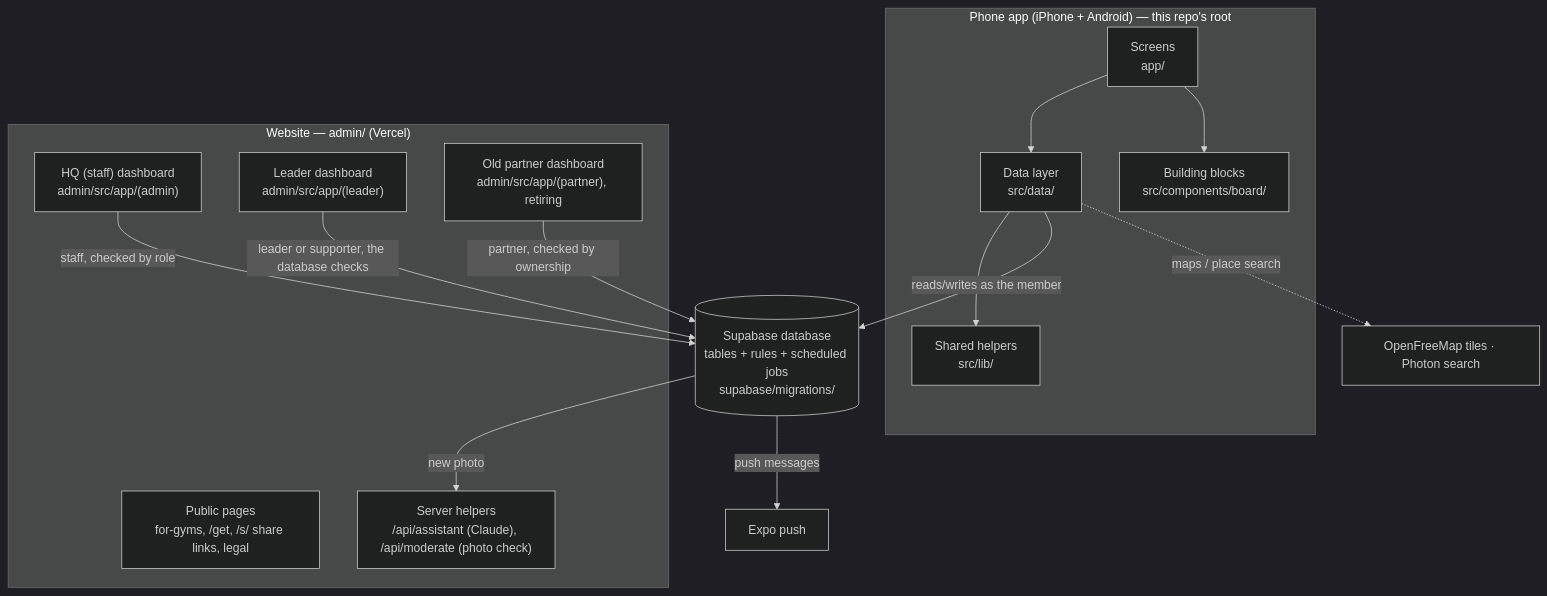
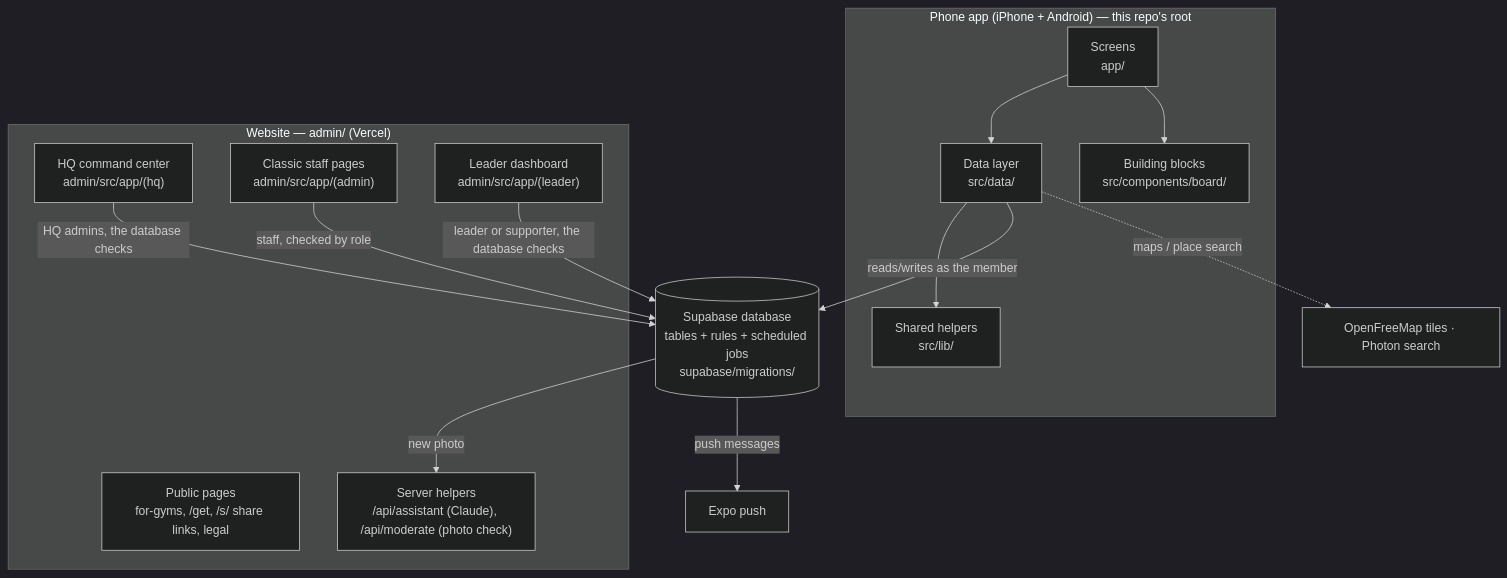
Before and after one commit to riadfilat/beast-tribe: the diagram in ARCHITECTURE.md, drawn with Mermaid (dark theme). The commit also changed other lines of this file and 65 other files, not shown here.

Commit message:
New dashboard steps 3-5: HQ command center (activity + growth), leaders & communities, admins, court bookings for venue leaders (096-098); old partner dashboard retired

````diff
--- a/ARCHITECTURE.md
+++ b/ARCHITECTURE.md
@@ -7,23 +7,23 @@
 ```mermaid
 flowchart TB
   subgraph Phones["Phone app (iPhone + Android) — this repo's root"]
     S["Screens<br/>app/"] --> D["Data layer<br/>src/data/"]
     S --> C["Building blocks<br/>src/components/board/"]
     D --> L["Shared helpers<br/>src/lib/"]
   end
   subgraph Web["Website — admin/ (Vercel)"]
-    SD["HQ (staff) dashboard<br/>admin/src/app/(admin)"]
+    HQ["HQ command center<br/>admin/src/app/(hq)"]
+    SD["Classic staff pages<br/>admin/src/app/(admin)"]
     LD["Leader dashboard<br/>admin/src/app/(leader)"]
-    PD["Old partner dashboard<br/>admin/src/app/(partner), retiring"]
     PUB["Public pages<br/>for-gyms, /get, /s/ share links, legal"]
     API["Server helpers<br/>/api/assistant (Claude), /api/moderate (photo check)"]
   end
   DB[("Supabase database<br/>tables + rules + scheduled jobs<br/>supabase/migrations/")]
   D -- "reads/writes as the member" --> DB
+  HQ -- "HQ admins, the database checks" --> DB
   SD -- "staff, checked by role" --> DB
   LD -- "leader or supporter, the database checks" --> DB
-  PD -- "partner, checked by ownership" --> DB
   DB -- "push messages" --> EXPO["Expo push"]
   DB -- "new photo" --> API
   D -. "maps / place search" .-> MAP["OpenFreeMap tiles · Photon search"]
 ```
````
